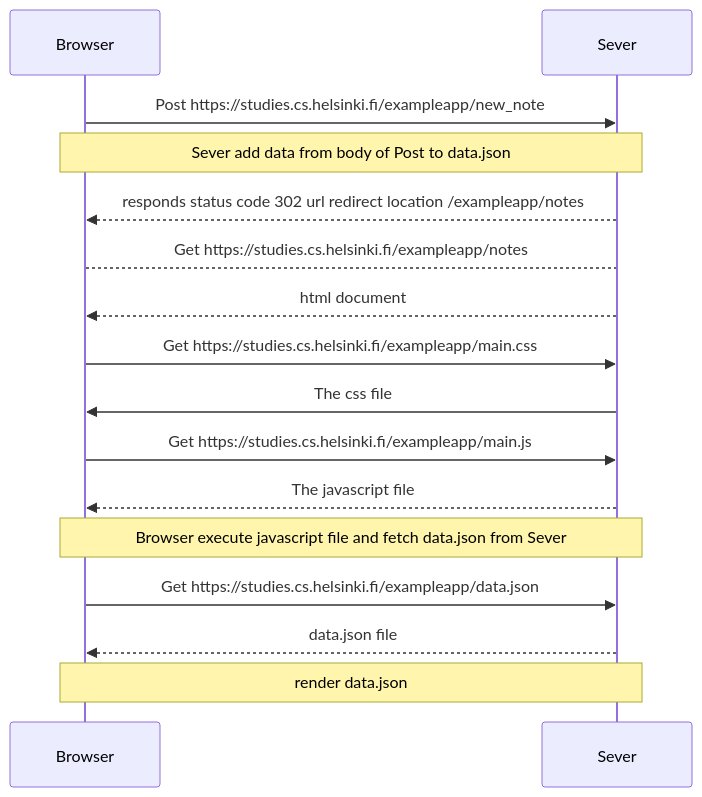
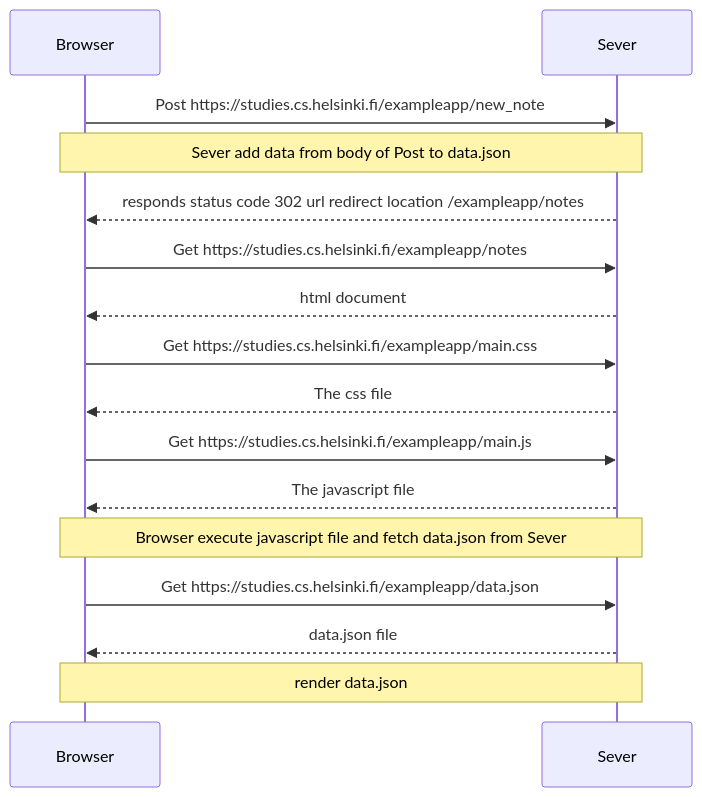
One commit to suttipo/mermaid changed the diagram in part0/newnotediagram.mmd. Above: the diagram before and after it, drawn with Mermaid.

Commit message:
edit line 8 add head's arrow

```diff
--- a/part0/newnotediagram.mmd
+++ b/part0/newnotediagram.mmd
@@ -1,19 +1,19 @@
 %% Post https://studies.cs.helsinki.fi/exampleapp/new_note
 sequenceDiagram
 participant Browser
 participant Sever
 
 Browser ->> Sever : Post  https://studies.cs.helsinki.fi/exampleapp/new_note
 Note over Browser,Sever: Sever add data from body of Post to data.json
 Sever -->> Browser : responds status code 302 url redirect location /exampleapp/notes
 
-Browser --> Sever : Get https://studies.cs.helsinki.fi/exampleapp/notes
+Browser ->> Sever : Get https://studies.cs.helsinki.fi/exampleapp/notes
 Sever -->> Browser : html document
 Browser ->> Sever : Get https://studies.cs.helsinki.fi/exampleapp/main.css
-Sever ->> Browser : The css file 
+Sever -->> Browser : The css file 
 Browser ->> Sever : Get https://studies.cs.helsinki.fi/exampleapp/main.js
 Sever -->> Browser : The javascript file 
 Note over Browser,Sever: Browser execute javascript file and fetch data.json from Sever
 Browser  ->> Sever: Get https://studies.cs.helsinki.fi/exampleapp/data.json
 Sever -->> Browser: data.json file
 Note over Browser,Sever: render data.json
```
